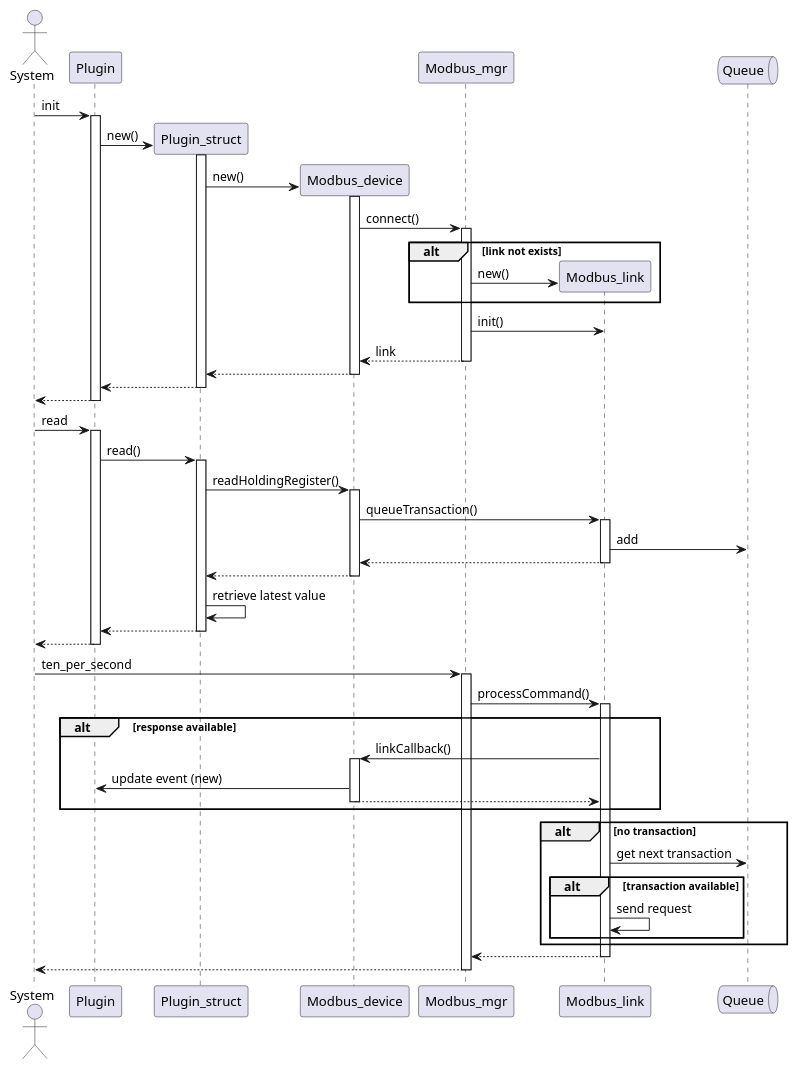
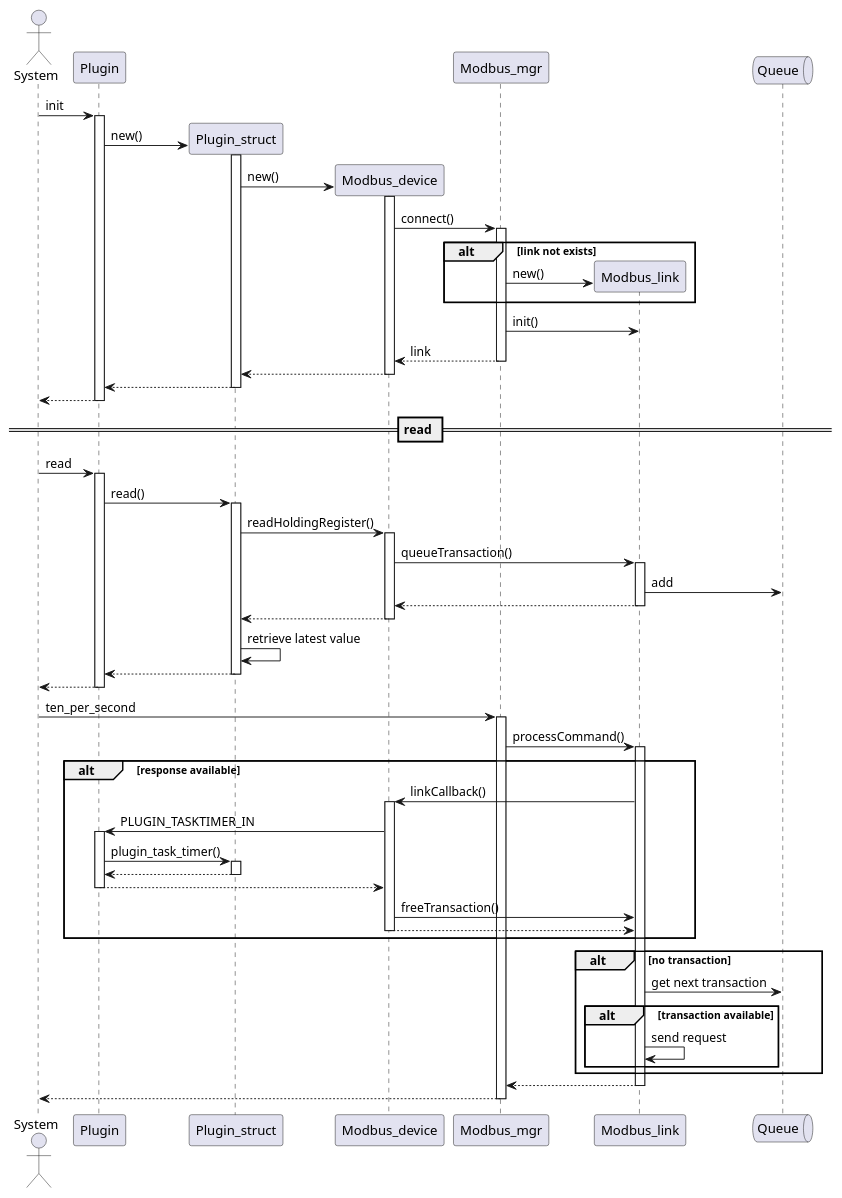
The diagram in misc/modbusFacility/Modbus_seq2.puml (letscontrolit/ESPEasy), drawn with PlantUML before and after one commit. The commit also changed 10 other files, not shown here.

```diff
--- a/misc/modbusFacility/Modbus_seq2.puml
+++ b/misc/modbusFacility/Modbus_seq2.puml
@@ -1,52 +1,58 @@
 @startuml
 actor       System       as system
 participant Plugin as plugin
 participant Plugin_struct as plugin_struct
 participant Modbus_device as modbus_device 
 participant Modbus_mgr    as modbus_mgr  
 participant Modbus_link   as modbus_link
 queue       Queue       as queue
 
 system -> plugin ++ : init
 create plugin_struct
 plugin -> plugin_struct ++ : new()
 create modbus_device
 plugin_struct -> modbus_device ++ : new()
 modbus_device -> modbus_mgr ++ : connect()
 alt link not exists
     create modbus_link
 modbus_mgr -> modbus_link  : new()
 end
 modbus_mgr -> modbus_link : init()
 modbus_device <-- modbus_mgr -- : link
 plugin_struct <-- modbus_device --
 plugin <-- plugin_struct --
 system <-- plugin --
 
+== read ==
+
 system -> plugin ++ : read
 plugin -> plugin_struct ++ : read()
 plugin_struct -> modbus_device ++ : readHoldingRegister()
 modbus_device -> modbus_link ++: queueTransaction()
 modbus_link -> queue : add
 modbus_device <-- modbus_link --
 plugin_struct <-- modbus_device --
 plugin_struct -> plugin_struct : retrieve latest value
 plugin <-- plugin_struct --
 system <-- plugin --
 
 system -> modbus_mgr ++ : ten_per_second
 modbus_mgr -> modbus_link ++: processCommand()
 alt response available
   modbus_link -> modbus_device ++ : linkCallback()
-  modbus_device -> plugin : update event (new)
+  modbus_device -> plugin ++ : PLUGIN_TASKTIMER_IN
+  plugin -> plugin_struct ++ : plugin_task_timer()
+  plugin <-- plugin_struct --
+  modbus_device <-- plugin --
+  modbus_device -> modbus_link : freeTransaction()
   modbus_link <-- modbus_device --
 end
 alt no transaction
   modbus_link -> queue : get next transaction
   alt transaction available
     modbus_link -> modbus_link : send request
   end
 end
 modbus_mgr <-- modbus_link --
 system <-- modbus_mgr --
 @enduml
```
